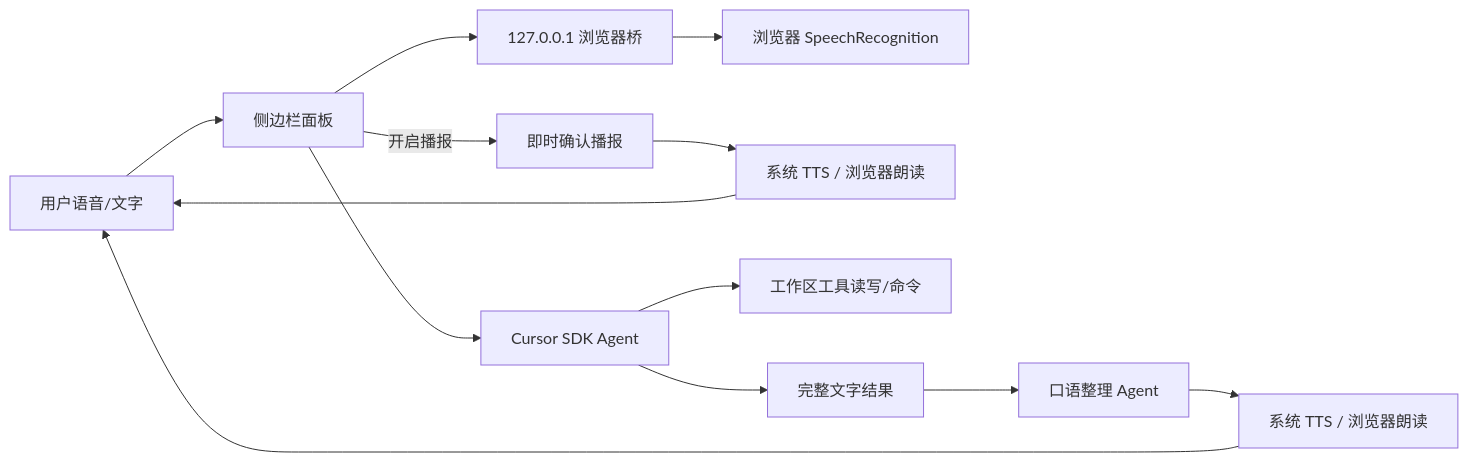
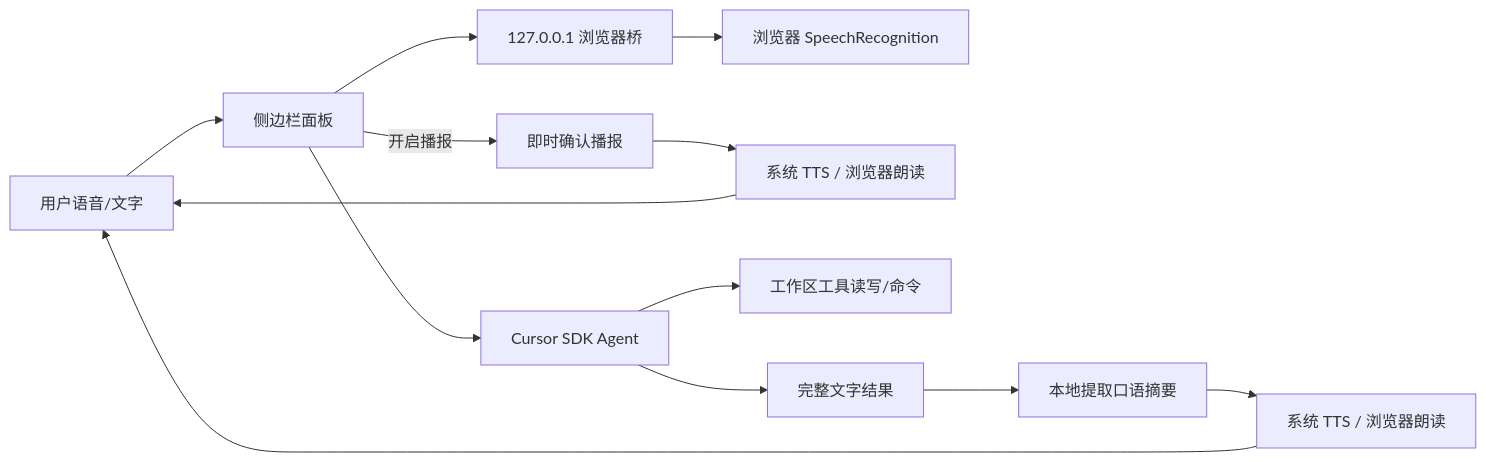
Before and after one commit to IsaWinding/aivoicechat: the diagram in README.md, drawn with Mermaid. The commit also changed other lines of this file and 7 other files, not shown here.

````diff
--- a/README.md
+++ b/README.md
@@ -49,15 +49,15 @@
 ```mermaid
 flowchart LR
   U[用户语音/文字] --> P[侧边栏面板]
   P --> B[127.0.0.1 浏览器桥]
   B --> R[浏览器 SpeechRecognition]
   P -->|开启播报| ACK[即时确认播报]
   ACK --> TTS1[系统 TTS / 浏览器朗读]
   TTS1 --> U
   P --> A[Cursor SDK Agent]
   A --> W[工作区工具读写/命令]
   A --> T[完整文字结果]
-  T --> S[口语整理 Agent]
+  T --> S[本地提取口语摘要]
   S --> TTS2[系统 TTS / 浏览器朗读]
   TTS2 --> U
 ```
````
